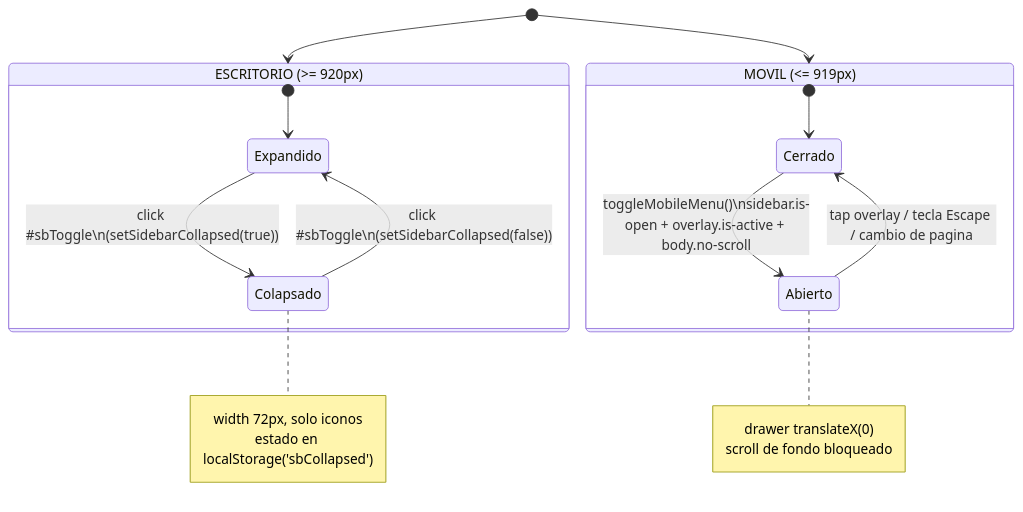
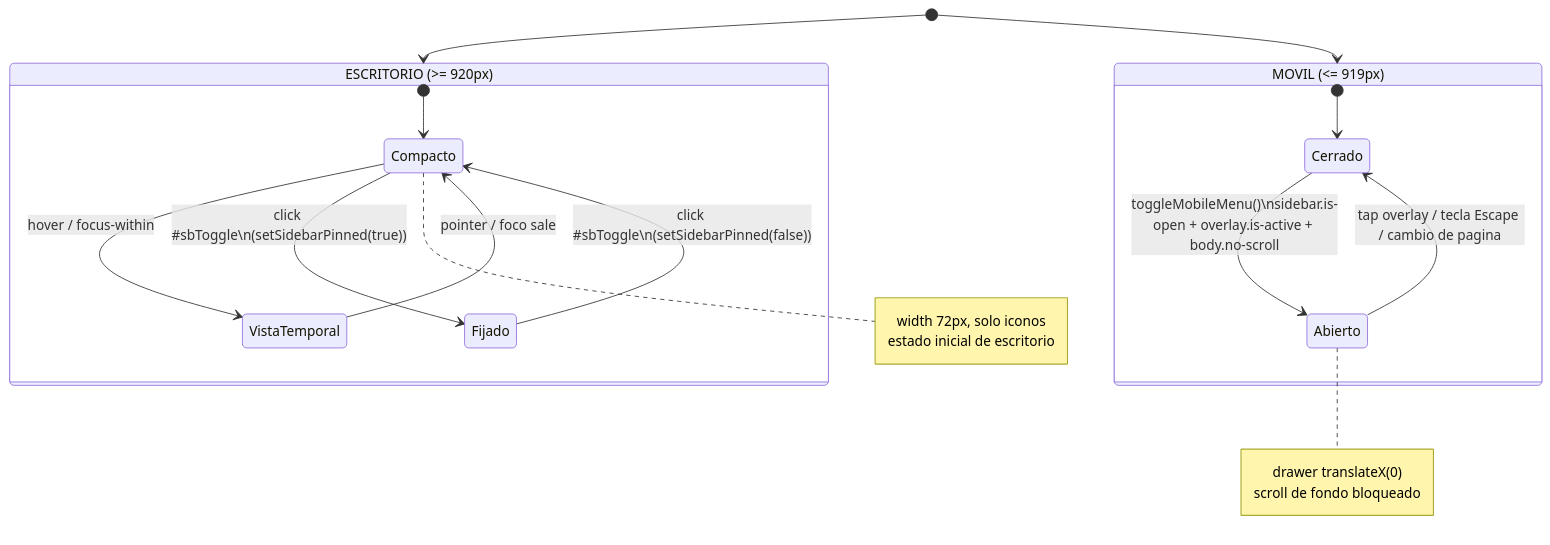
Before and after one commit to dmetrics1/unimag-cifras: the diagram in docs/RESPONSIVE.md, drawn with Mermaid. The commit also changed other lines of this file and 16 other files, not shown here.

````diff
--- a/docs/RESPONSIVE.md
+++ b/docs/RESPONSIVE.md
@@ -88,25 +88,27 @@
 ```mermaid
 stateDiagram-v2
     [*] --> Escritorio
     [*] --> Movil
 
     state "ESCRITORIO (>= 920px)" as Escritorio {
-        [*] --> Expandido
-        Expandido --> Colapsado: click #sbToggle\n(setSidebarCollapsed(true))
-        Colapsado --> Expandido: click #sbToggle\n(setSidebarCollapsed(false))
-        note right of Colapsado
+        [*] --> Compacto
+        Compacto --> VistaTemporal: hover / focus-within
+        VistaTemporal --> Compacto: pointer / foco sale
+        Compacto --> Fijado: click #sbToggle\n(setSidebarPinned(true))
+        Fijado --> Compacto: click #sbToggle\n(setSidebarPinned(false))
+        note right of Compacto
             width 72px, solo iconos
-            estado en localStorage('sbCollapsed')
+            estado inicial de escritorio
         end note
     }
 
     state "MOVIL (<= 919px)" as Movil {
         [*] --> Cerrado
         Cerrado --> Abierto: toggleMobileMenu()\nsidebar.is-open + overlay.is-active + body.no-scroll
         Abierto --> Cerrado: tap overlay / tecla Escape / cambio de pagina
         note right of Abierto
             drawer translateX(0)
             scroll de fondo bloqueado
         end note
     }
 ```
````
